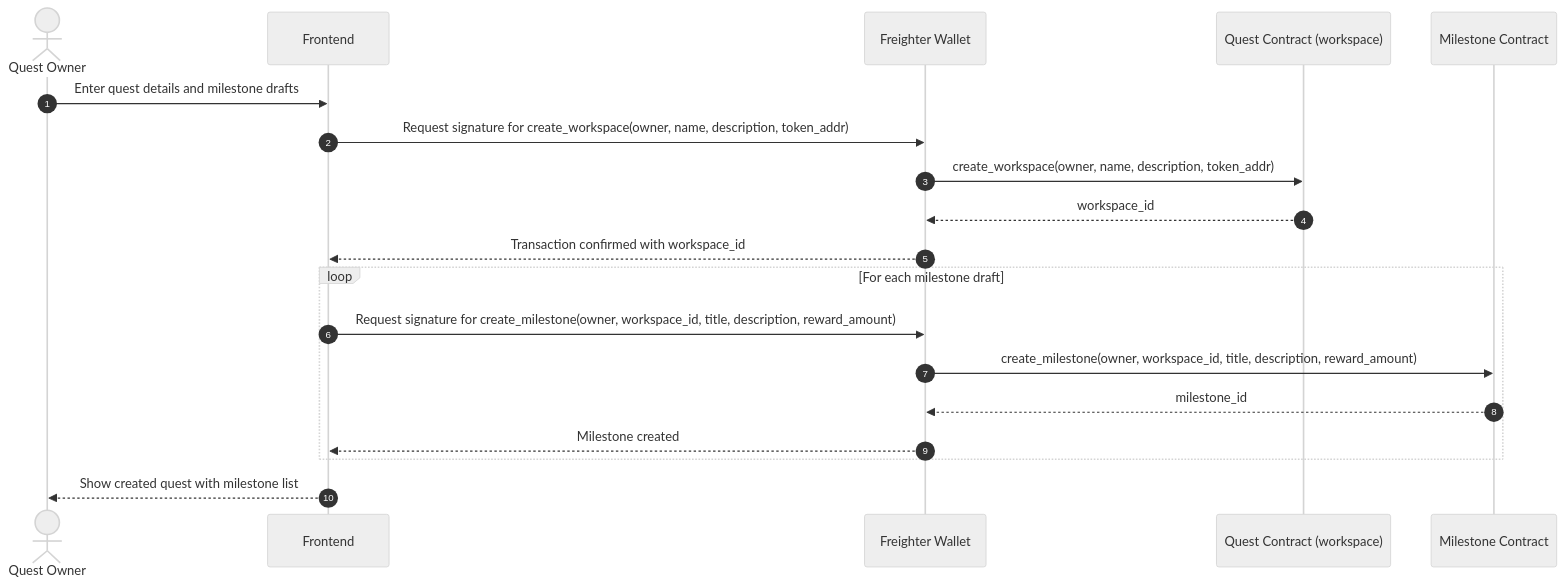
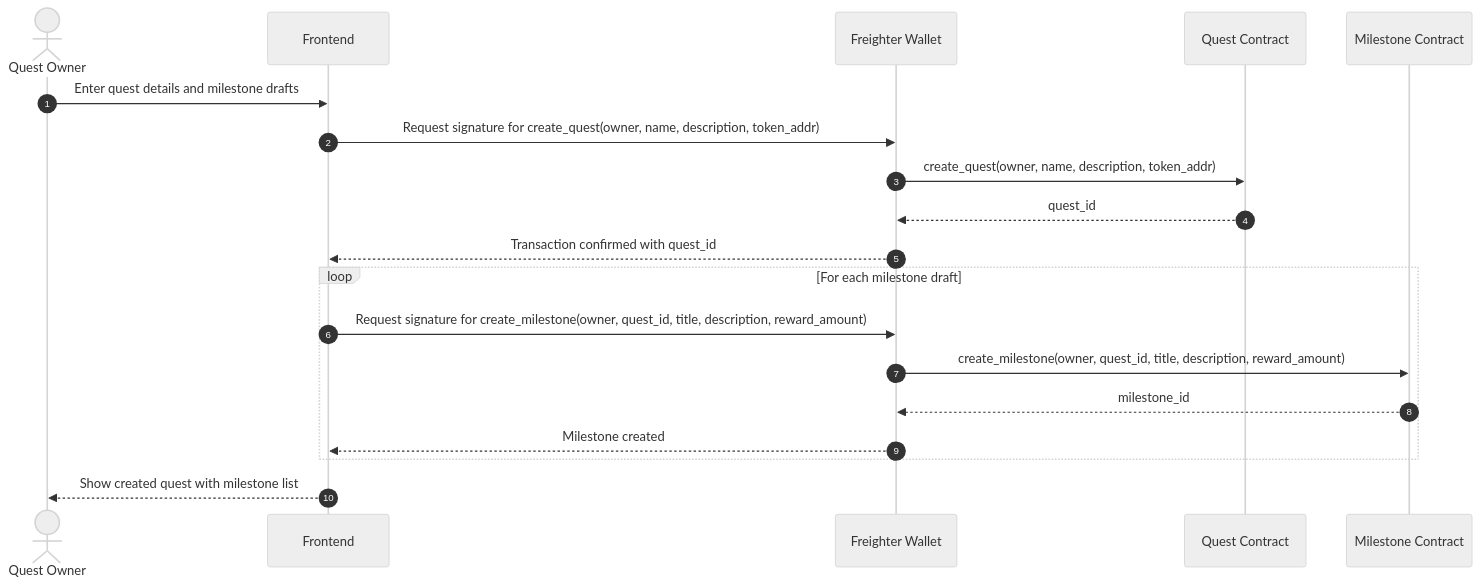
The diagram in docs/quest-creation-flow.md (lernza/lernza), drawn with Mermaid (neutral theme) before and after one commit. The commit also changed 6 other files, not shown here.

First line of the commit message:
docs: update documentation to use quest terminology and fix flow diagrams

````diff
--- a/docs/quest-creation-flow.md
+++ b/docs/quest-creation-flow.md
@@ -5,24 +5,24 @@
 ```mermaid
 sequenceDiagram
     autonumber
     actor Owner as Quest Owner
     participant FE as Frontend
     participant Wallet as Freighter Wallet
-    participant Quest as Quest Contract (workspace)
+    participant Quest as Quest Contract
     participant Milestone as Milestone Contract
 
     Owner->>FE: Enter quest details and milestone drafts
-    FE->>Wallet: Request signature for create_workspace(owner, name, description, token_addr)
-    Wallet->>Quest: create_workspace(owner, name, description, token_addr)
-    Quest-->>Wallet: workspace_id
-    Wallet-->>FE: Transaction confirmed with workspace_id
+    FE->>Wallet: Request signature for create_quest(owner, name, description, token_addr)
+    Wallet->>Quest: create_quest(owner, name, description, token_addr)
+    Quest-->>Wallet: quest_id
+    Wallet-->>FE: Transaction confirmed with quest_id
 
     loop For each milestone draft
-        FE->>Wallet: Request signature for create_milestone(owner, workspace_id, title, description, reward_amount)
-        Wallet->>Milestone: create_milestone(owner, workspace_id, title, description, reward_amount)
+        FE->>Wallet: Request signature for create_milestone(owner, quest_id, title, description, reward_amount)
+        Wallet->>Milestone: create_milestone(owner, quest_id, title, description, reward_amount)
         Milestone-->>Wallet: milestone_id
         Wallet-->>FE: Milestone created
     end
 
     FE-->>Owner: Show created quest with milestone list
 ```
````
